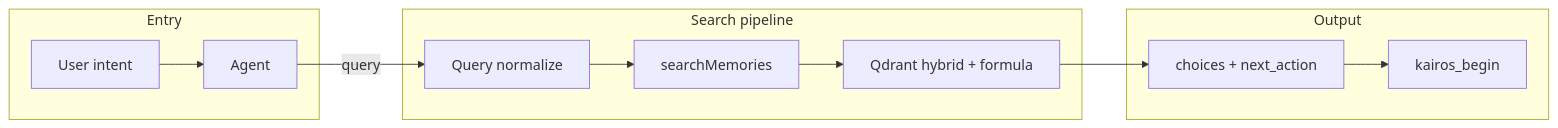
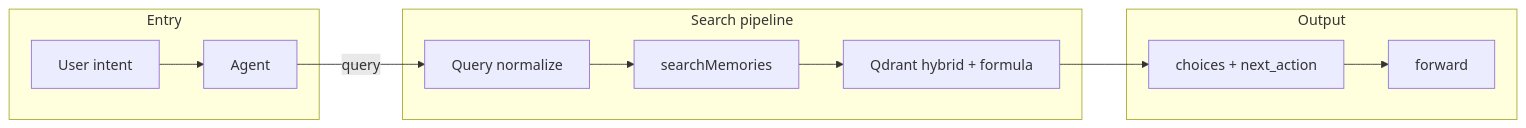
The diagram in docs/architecture/search-query.md (debian777/kairos-mcp), drawn with Mermaid before and after one commit. The commit also changed other lines of this file and 95 other files, not shown here.

````diff
--- a/docs/architecture/search-query.md
+++ b/docs/architecture/search-query.md
@@ -13,22 +23,22 @@
 ```mermaid
 flowchart LR
   subgraph entry [Entry]
     User["User intent"]
     Agent["Agent"]
   end
   subgraph search [Search pipeline]
     QNorm["Query normalize"]
     Store["searchMemories"]
     Qdrant["Qdrant hybrid + formula"]
   end
   subgraph output [Output]
     Choices["choices + next_action"]
-    Begin["kairos_begin"]
+    Forward["forward"]
   end
   User --> Agent
   Agent -->|"query"| QNorm
   QNorm --> Store
   Store --> Qdrant
   Qdrant --> Choices
-  Choices --> Begin
+  Choices --> Forward
 ```
````
